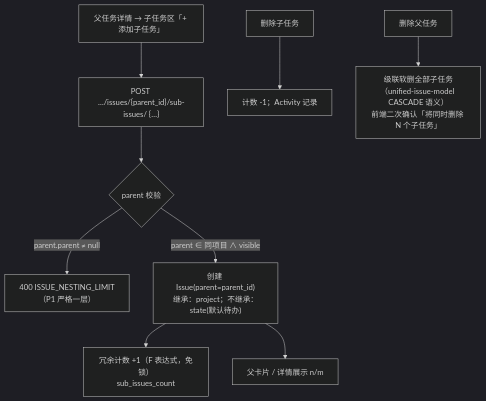
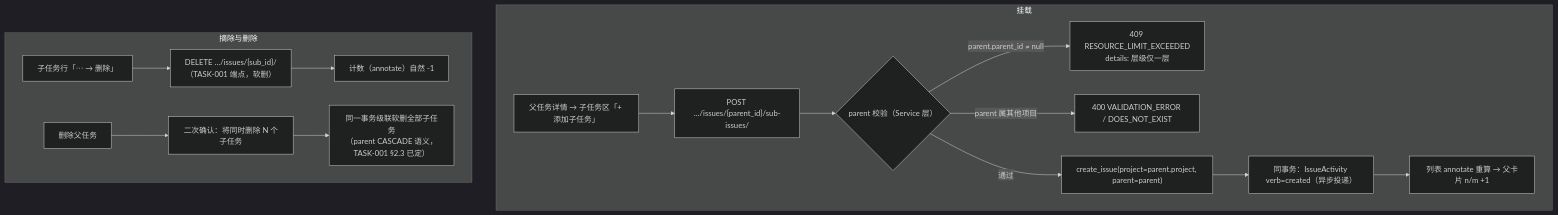
Before and after one commit to RabbitAI-Lab/RabbitProjects: the second of 5 diagrams in docs/sprint-1-mvp/TASK-002-task-attributes.md, drawn with Mermaid (dark theme). The commit also changed other lines of this file and 86 other files, not shown here.

````diff
--- a/docs/sprint-1-mvp/TASK-002-task-attributes.md
+++ b/docs/sprint-1-mvp/TASK-002-task-attributes.md
@@ -80,11 +149,18 @@
 ```mermaid
 flowchart TD
-    A["父任务详情 → 子任务区「+ 添加子任务」"] --> B["POST …/issues/{parent_id}/sub-issues/ {…}"]
-    B --> C{"parent 校验"}
-    C -- "parent.parent ≠ null" --> C1["400 ISSUE_NESTING_LIMIT<br/>（P1 严格一层）"]
-    C -- "parent ∈ 同项目 ∧ visible" --> D["创建 Issue(parent=parent_id)<br/>继承：project；不继承：state(默认待办)"]
-    D --> E["冗余计数 +1（F 表达式，免锁）<br/>sub_issues_count"]
-    D --> F["父卡片 / 详情展示 n/m"]
-    G["删除子任务"] --> H["计数 -1；Activity 记录"]
-    I["删除父任务"] --> J["级联软删全部子任务（unified-issue-model CASCADE 语义）<br/>前端二次确认「将同时删除 N 个子任务」"]
+    subgraph 挂载
+    A["父任务详情 → 子任务区「+ 添加子任务」"] --> B["POST …/issues/{parent_id}/sub-issues/"]
+    B --> C{"parent 校验（Service 层）"}
+    C -- "parent.parent_id ≠ null" --> C1["409 RESOURCE_LIMIT_EXCEEDED<br/>details: 层级仅一层"]
+    C -- "parent 属其他项目" --> C2["400 VALIDATION_ERROR / DOES_NOT_EXIST"]
+    C -- 通过 --> D["create_issue(project=parent.project, parent=parent)"]
+    D --> E["同事务：IssueActivity verb=created（异步投递）"]
+    E --> F["列表 annotate 重算 → 父卡片 n/m +1"]
+    end
+    subgraph 摘除与删除
+    G["子任务行「⋯ → 删除」"] --> H["DELETE …/issues/{sub_id}/<br/>（TASK-001 端点，软删）"]
+    H --> I["计数（annotate）自然 -1"]
+    J["删除父任务"] --> K["二次确认：将同时删除 N 个子任务"]
+    K --> L["同一事务级联软删全部子任务<br/>（parent CASCADE 语义，TASK-001 §2.3 已定）"]
+    end
 ```
````
